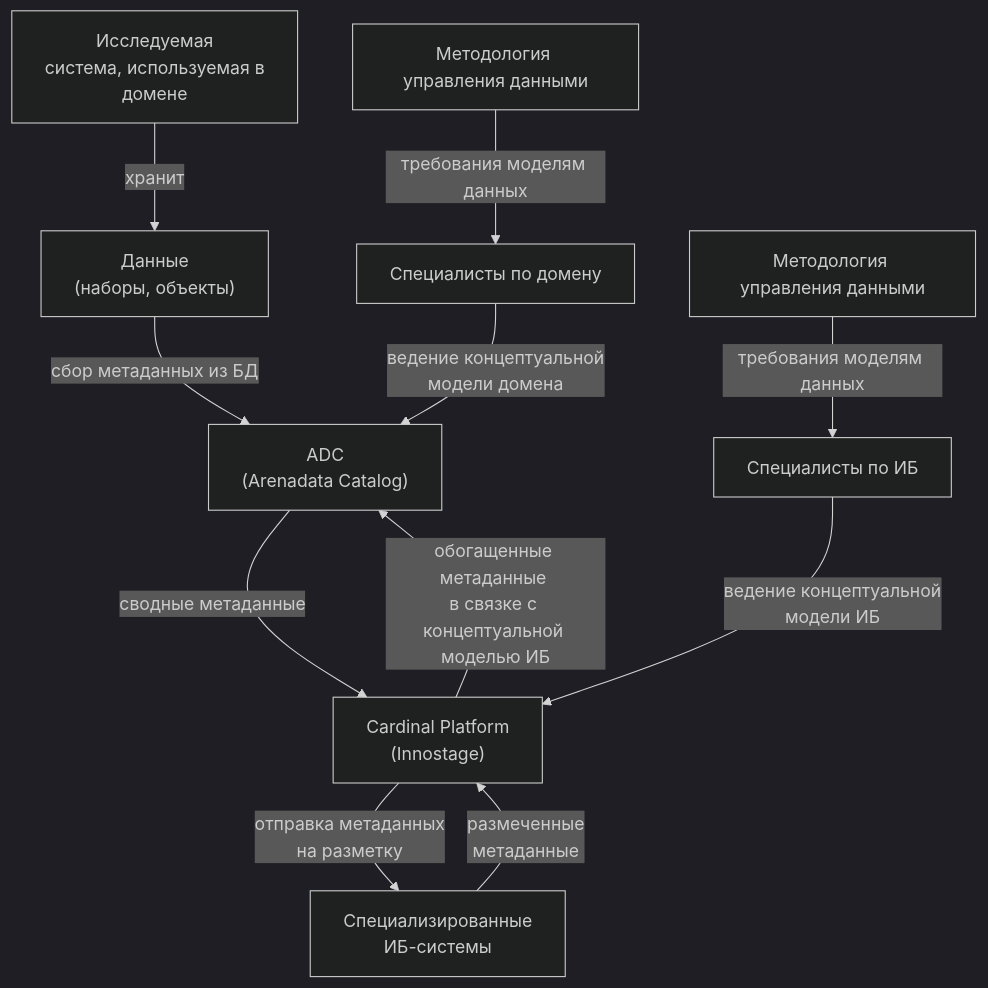
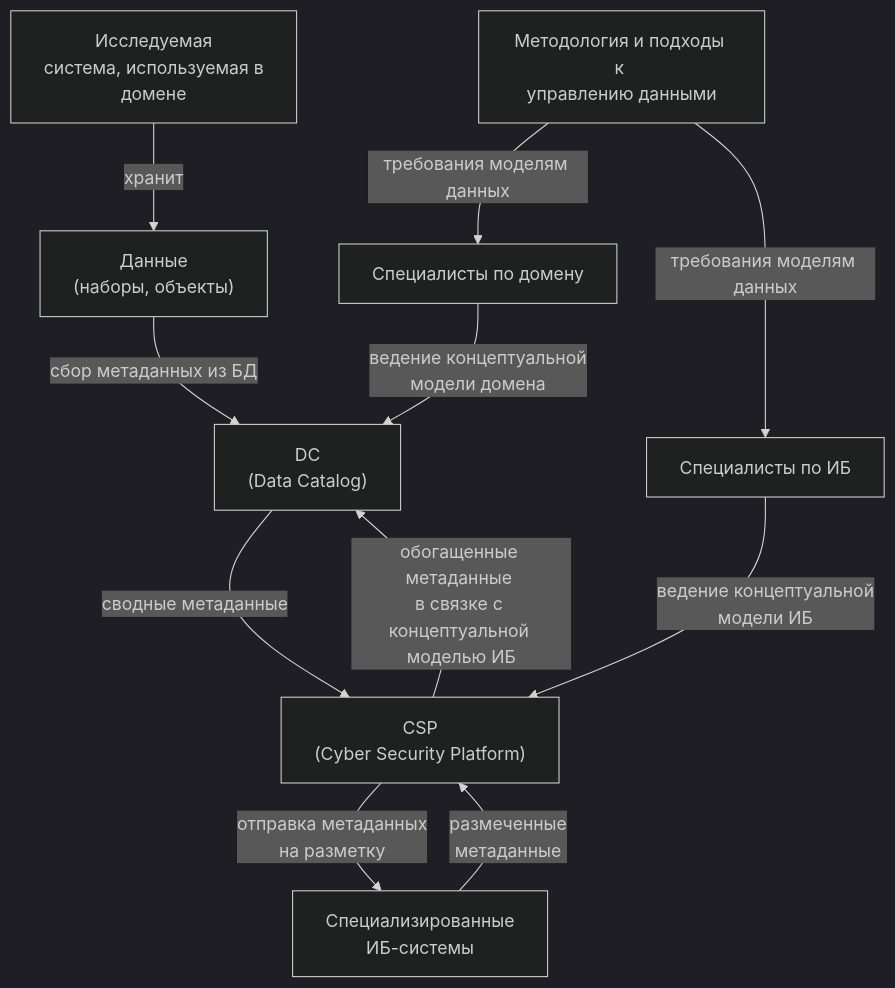
The diagram in README.md (ashmarev/dg-cyber-resilience), drawn with Mermaid (dark theme) before and after one commit.

````diff
--- a/README.md
+++ b/README.md
@@ -113,13 +113,13 @@
 ```mermaid
 flowchart TD
     SYSTEM["Исследуемая\n система, используемая в \nдомене"] -->|"хранит"| DATA["Данные\n(наборы, объекты)"]
-    DATA -->|"сбор метаданных из БД"| ADC["ADC\n(Arenadata Catalog)"]
-    METHOLOGY["Методология управления данными"] --> |"требования моделям данных"| MAN1
-    METHODOLOGY["Методология управления данными"] --> |"требования моделям данных"| MAN2
-    MAN1["Специалисты по домену"] --> |"ведение концептуальной\nмодели домена"| ADC
-    ADC -->|"сводные метаданные"| CARDINAL["Cardinal Platform\n(Innostage)"]
+    DATA -->|"сбор метаданных из БД"| DC["DC\n(Data Catalog)"]
+    METHODOLOGY["Методология и подходы к \nуправлению данными"] --> |"требования моделям данных"| MAN1
+    METHODOLOGY["Методология и подходы к \nуправлению данными"] --> |"требования моделям данных"| MAN2
+    MAN1["Специалисты по домену"] --> |"ведение концептуальной\nмодели домена"| DC
+    DC -->|"сводные метаданные"| CARDINAL["CSP\n(Cyber Security Platform)"]
     CARDINAL -->|"отправка метаданных \nна разметку"| SECSYS["Специализированные \nИБ-системы"]
     SECSYS -->|"размеченные \nметаданные"| CARDINAL
     MAN2["Специалисты по ИБ"] --> |" ведение концептуальной\nмодели ИБ"| CARDINAL
-    CARDINAL -->|"обогащенные метаданные \nв связке c концептуальной \nмоделью ИБ"| ADC
+    CARDINAL -->|"обогащенные метаданные \nв связке c концептуальной \nмоделью ИБ"| DC
 ```
````
